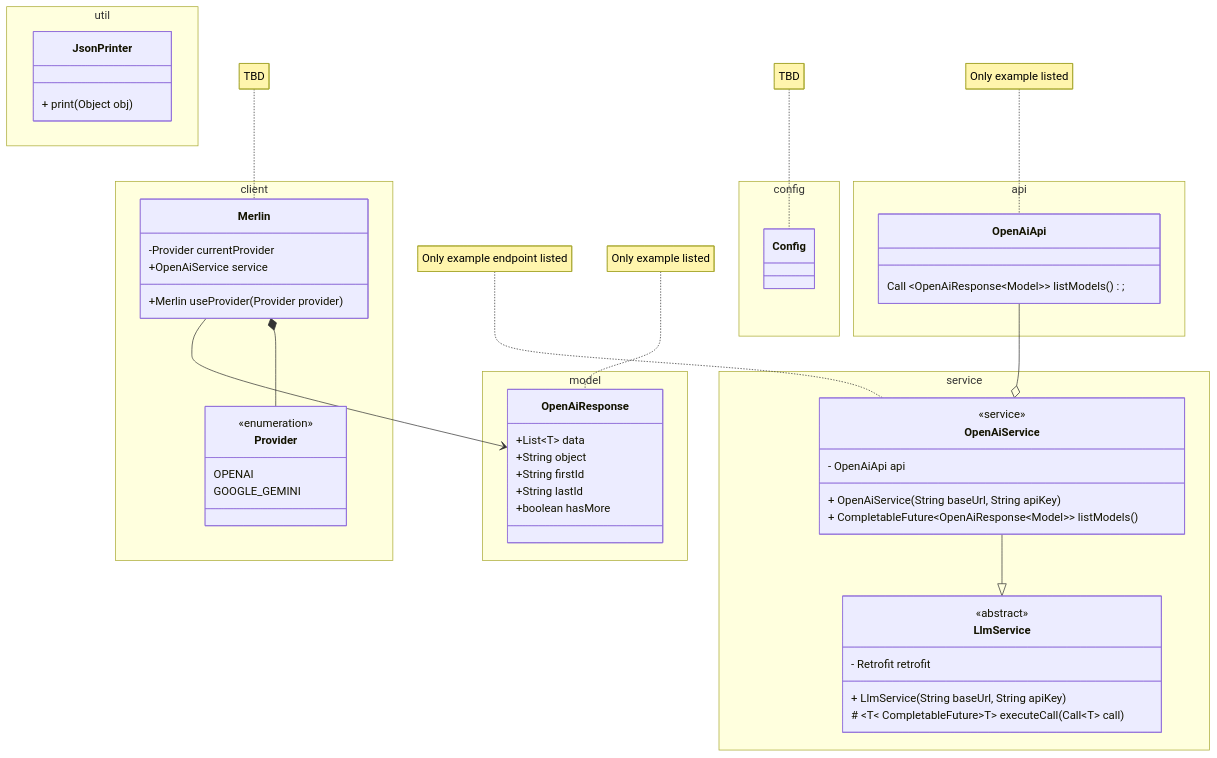
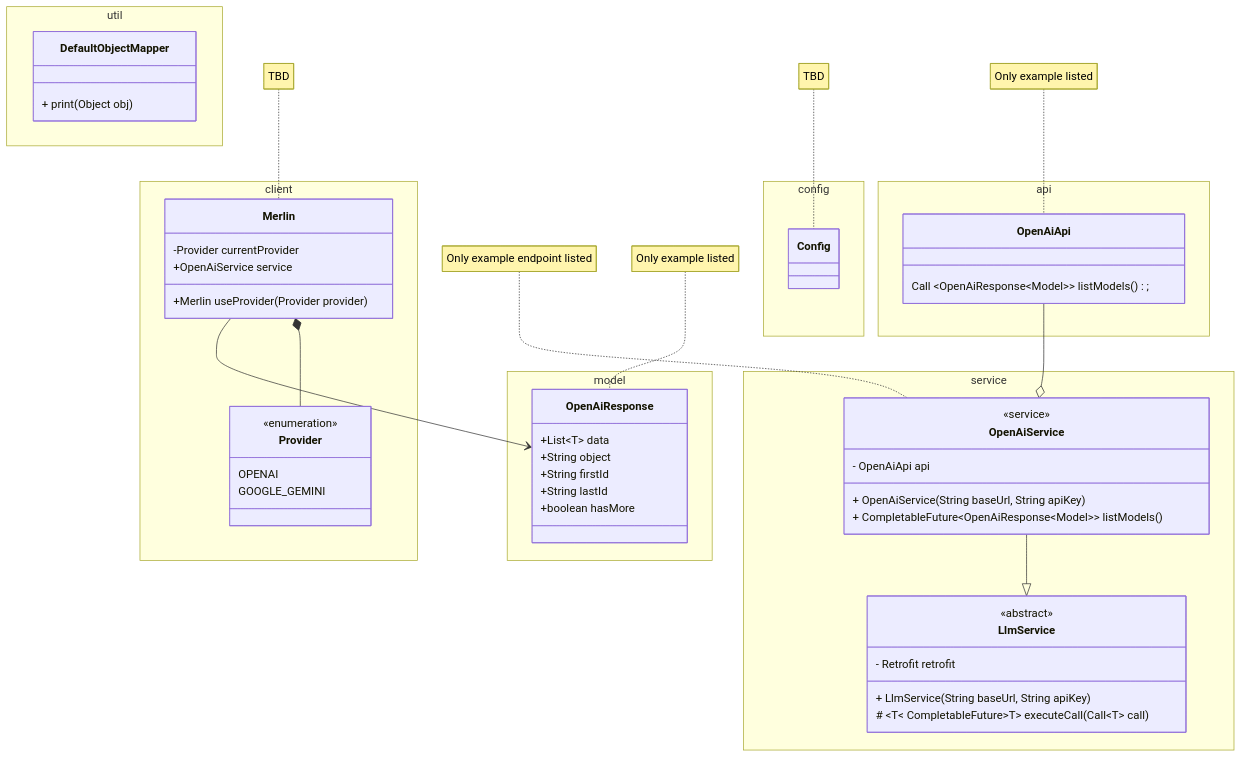
The diagram in README.md (jkmeansesc/Merlin), drawn with Mermaid before and after one commit. The commit also changed 21 other files, not shown here.

````diff
--- a/README.md
+++ b/README.md
@@ -98,69 +98,69 @@
 ```mermaid
 classDiagram
     direction TD
 
     note for OpenAiApi "Only example listed"
     namespace api{
         class OpenAiApi {
             Call ~OpenAiResponse~Model~~ listModels();
         }
     }
 
     note for Merlin "TBD"
     namespace client{
         class Merlin {
             -Provider currentProvider
             +Merlin useProvider(Provider provider)
             +OpenAiService service
         }
 
         class Provider {
             <<enumeration>>
             OPENAI
             GOOGLE_GEMINI
         }
     }
     Merlin *-- Provider
     Merlin --> OpenAiResponse
 
     note for OpenAiService "Only example endpoint listed"
     namespace service{
         class LlmService {
             <<abstract>>
             - Retrofit retrofit
             + LlmService(String baseUrl, String apiKey)
             # ~T~ CompletableFuture~T~ executeCall(Call~T~ call)
         }
         class OpenAiService {
             <<service>>
             - OpenAiApi api
             + OpenAiService(String baseUrl, String apiKey)
             + CompletableFuture~OpenAiResponse~Model~~ listModels()
         }
     }
     OpenAiService --|> LlmService
     OpenAiApi --o OpenAiService
 
 
     note for OpenAiResponse "Only example listed"
     namespace model{
         class OpenAiResponse~T~ {
         +List~T~ data
         +String object
         +String firstId
         +String lastId
         +boolean hasMore
         }
     }
 
     note for Config "TBD"
     namespace config {
         class Config
     }
 
     namespace util {
-        class JsonPrinter {
+        class DefaultObjectMapper {
             + print(Object obj)
         }
     }
 ```
````
